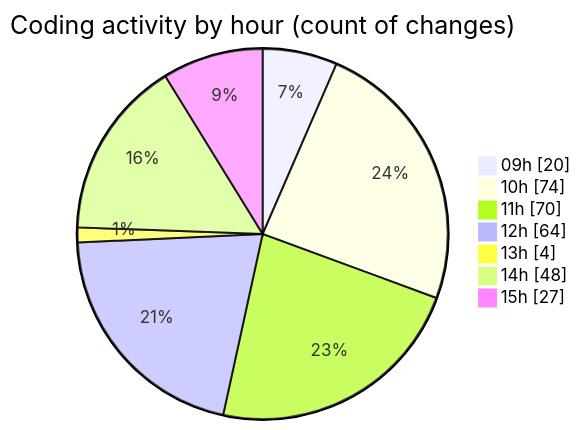
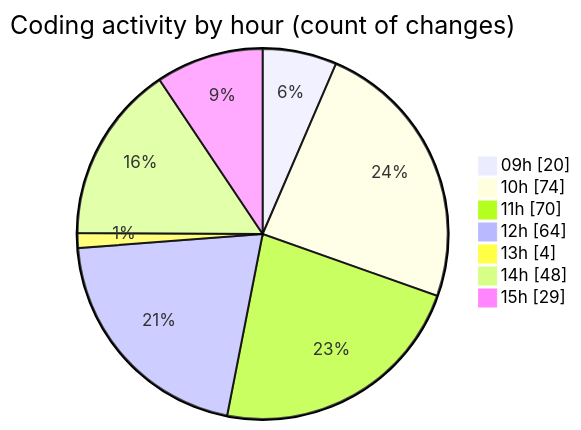
Before and after one commit to CELIANVF/code-tracking: the second of 2 diagrams in 2025-06-06/ecodeli-1/README.md, drawn with Mermaid. The commit also changed other lines of this file and 1 other file, not shown here.

````diff
--- a/2025-06-06/ecodeli-1/README.md
+++ b/2025-06-06/ecodeli-1/README.md
@@ -108,11 +108,11 @@
 ```mermaid
 pie showData
 title Coding activity by hour (count of changes)
 "09h" : 20
 "10h" : 74
 "11h" : 70
 "12h" : 64
 "13h" : 4
 "14h" : 48
-"15h" : 27
+"15h" : 29
 ```
````
